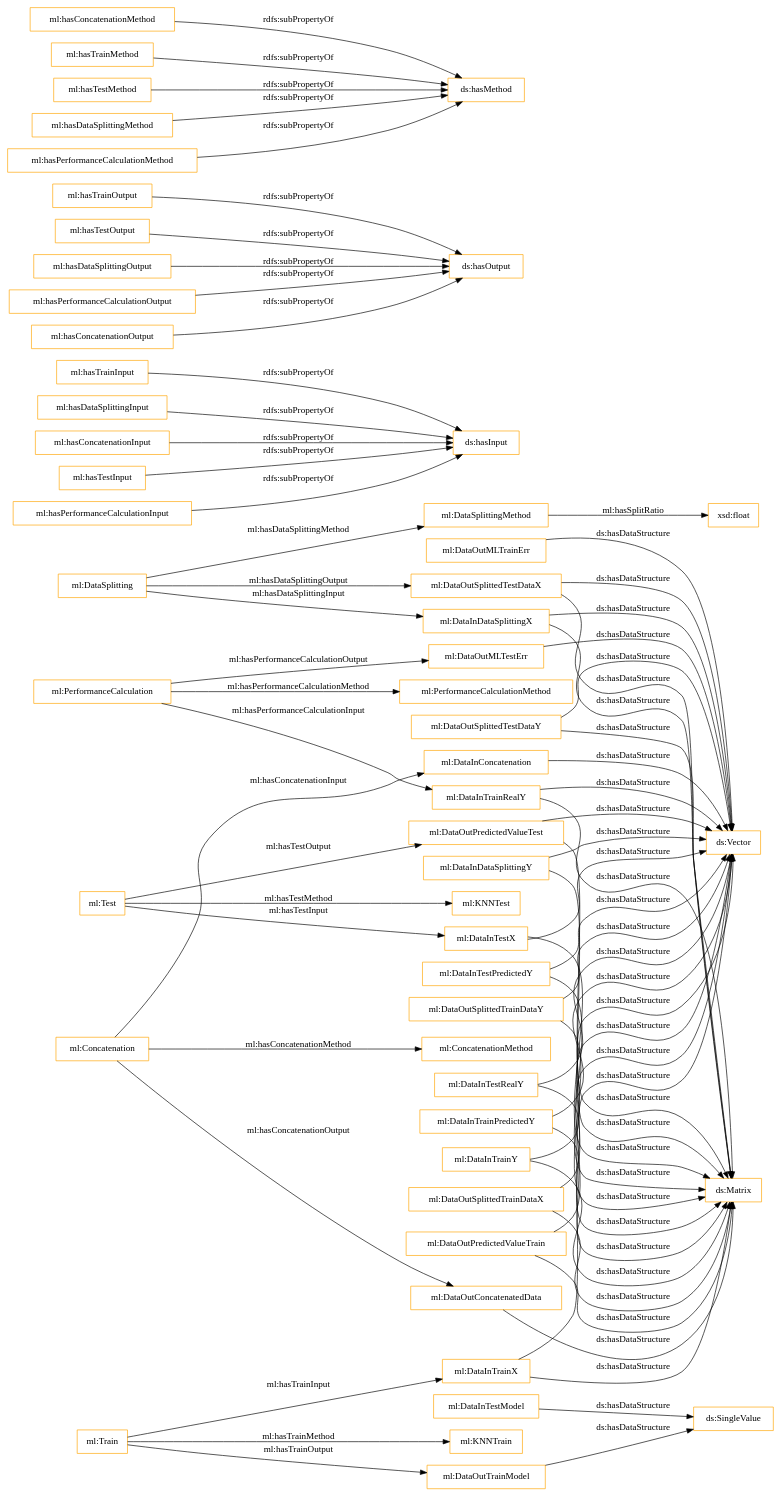
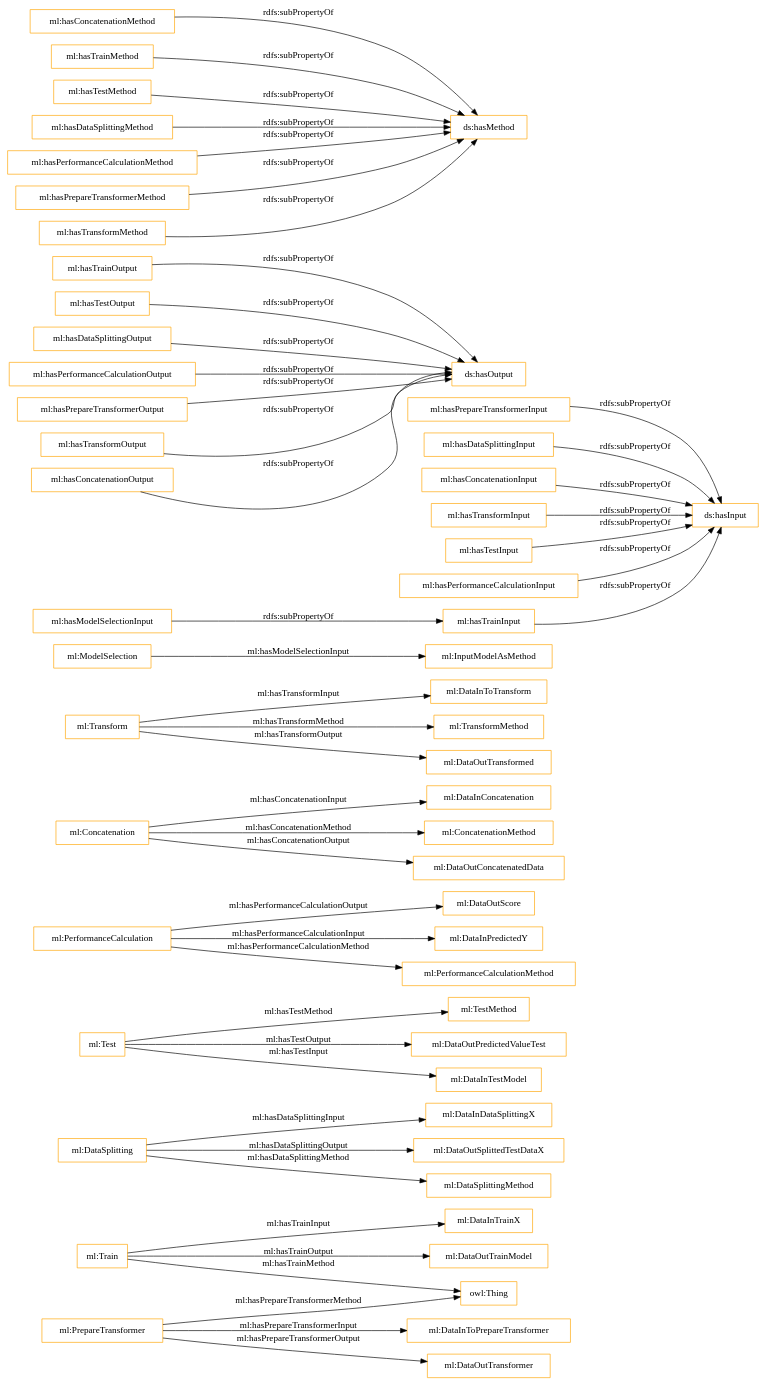
The diagram in OnToology/ml_exeKGOntology.ttl/diagrams/ar2dtool-class/ml_exeKGOntology.ttl.png.dot (nsai-uio/ExeKGOntology), drawn with Graphviz before and after one commit. The commit also changed 186 other files, not shown here.

```diff
--- a/OnToology/ml_exeKGOntology.ttl/diagrams/ar2dtool-class/ml_exeKGOntology.ttl.png.dot
+++ b/OnToology/ml_exeKGOntology.ttl/diagrams/ar2dtool-class/ml_exeKGOntology.ttl.png.dot
@@ -1,73 +1,50 @@
 digraph ar2dtool_diagram { 
 rankdir=LR;
 size="1501"
-node [shape = rectangle, color="orange"]; "ml:DataInTestPredictedY" "ml:DataInDataSplittingY" "ml:DataInTrainY" "ml:DataOutSplittedTestDataX" "ml:PerformanceCalculationMethod" "ml:Concatenation" "ml:ConcatenationMethod" "ml:DataInTestModel" "ml:DataOutPredictedValueTrain" "ml:DataOutMLTrainErr" "ml:DataInTestRealY" "ml:DataInTrainX" "ml:DataOutConcatenatedData" "ml:DataSplitting" "ml:KNNTest" "ml:Test" "ml:DataInDataSplittingX" "ml:DataSplittingMethod" "ml:Train" "ml:PerformanceCalculation" "ml:DataOutTrainModel" "ml:DataOutPredictedValueTest" "ml:DataOutSplittedTrainDataY" "ml:DataOutSplittedTrainDataX" "ml:DataInTestX" "ml:KNNTrain" "ml:DataInTrainPredictedY" "ml:DataOutMLTestErr" "ml:DataOutSplittedTestDataY" "ml:DataInConcatenation" "ml:DataInTrainRealY" ; /*classes style*/
-	"ml:DataOutSplittedTrainDataX" -> "ds:Vector" [ label = "ds:hasDataStructure" ];
-	"ml:DataOutSplittedTrainDataX" -> "ds:Matrix" [ label = "ds:hasDataStructure" ];
-	"ml:DataInTestModel" -> "ds:SingleValue" [ label = "ds:hasDataStructure" ];
+node [shape = rectangle, color="orange"]; "ml:DataInTrainX" "ml:DataSplitting" "ml:TestMethod" "ml:PerformanceCalculation" "ml:PrepareTransformer" "ml:DataInConcatenation" "ml:ConcatenationMethod" "ml:DataInDataSplittingX" "ml:Test" "ml:DataInToTransform" "ml:DataOutScore" "ml:DataInToPrepareTransformer" "ml:DataOutTransformer" "ml:DataInPredictedY" "ml:TransformMethod" "ml:DataOutSplittedTestDataX" "ml:Transform" "ml:Train" "ml:DataOutConcatenatedData" "ml:DataOutPredictedValueTest" "ml:InputModelAsMethod" "ml:Concatenation" "ml:DataSplittingMethod" "ml:PerformanceCalculationMethod" "ml:ModelSelection" "ml:DataInTestModel" "ml:DataOutTrainModel" "ml:DataOutTransformed" ; /*classes style*/
 	"ml:hasTrainInput" -> "ds:hasInput" [ label = "rdfs:subPropertyOf" ];
 	"ml:hasTrainOutput" -> "ds:hasOutput" [ label = "rdfs:subPropertyOf" ];
-	"ml:DataOutTrainModel" -> "ds:SingleValue" [ label = "ds:hasDataStructure" ];
-	"ml:DataInTrainX" -> "ds:Vector" [ label = "ds:hasDataStructure" ];
-	"ml:DataInTrainX" -> "ds:Matrix" [ label = "ds:hasDataStructure" ];
 	"ml:hasTestOutput" -> "ds:hasOutput" [ label = "rdfs:subPropertyOf" ];
-	"ml:DataOutSplittedTestDataY" -> "ds:Vector" [ label = "ds:hasDataStructure" ];
-	"ml:DataOutSplittedTestDataY" -> "ds:Matrix" [ label = "ds:hasDataStructure" ];
-	"ml:DataInDataSplittingY" -> "ds:Vector" [ label = "ds:hasDataStructure" ];
-	"ml:DataInDataSplittingY" -> "ds:Matrix" [ label = "ds:hasDataStructure" ];
-	"ml:DataInTrainPredictedY" -> "ds:Vector" [ label = "ds:hasDataStructure" ];
-	"ml:DataInTrainPredictedY" -> "ds:Matrix" [ label = "ds:hasDataStructure" ];
+	"ml:hasPrepareTransformerInput" -> "ds:hasInput" [ label = "rdfs:subPropertyOf" ];
 	"ml:hasConcatenationMethod" -> "ds:hasMethod" [ label = "rdfs:subPropertyOf" ];
 	"ml:hasDataSplittingOutput" -> "ds:hasOutput" [ label = "rdfs:subPropertyOf" ];
-	"ml:DataOutSplittedTestDataX" -> "ds:Vector" [ label = "ds:hasDataStructure" ];
-	"ml:DataOutSplittedTestDataX" -> "ds:Matrix" [ label = "ds:hasDataStructure" ];
-	"ml:DataInDataSplittingX" -> "ds:Vector" [ label = "ds:hasDataStructure" ];
-	"ml:DataInDataSplittingX" -> "ds:Matrix" [ label = "ds:hasDataStructure" ];
 	"ml:hasTrainMethod" -> "ds:hasMethod" [ label = "rdfs:subPropertyOf" ];
-	"ml:DataInTestX" -> "ds:Vector" [ label = "ds:hasDataStructure" ];
-	"ml:DataInTestX" -> "ds:Matrix" [ label = "ds:hasDataStructure" ];
-	"ml:DataInConcatenation" -> "ds:Vector" [ label = "ds:hasDataStructure" ];
 	"ml:hasPerformanceCalculationOutput" -> "ds:hasOutput" [ label = "rdfs:subPropertyOf" ];
-	"ml:DataOutPredictedValueTest" -> "ds:Vector" [ label = "ds:hasDataStructure" ];
-	"ml:DataOutPredictedValueTest" -> "ds:Matrix" [ label = "ds:hasDataStructure" ];
+	"ml:hasPrepareTransformerOutput" -> "ds:hasOutput" [ label = "rdfs:subPropertyOf" ];
 	"ml:hasTestMethod" -> "ds:hasMethod" [ label = "rdfs:subPropertyOf" ];
-	"ml:DataInTestRealY" -> "ds:Vector" [ label = "ds:hasDataStructure" ];
-	"ml:DataInTestRealY" -> "ds:Matrix" [ label = "ds:hasDataStructure" ];
+	"ml:hasTransformOutput" -> "ds:hasOutput" [ label = "rdfs:subPropertyOf" ];
 	"ml:hasDataSplittingMethod" -> "ds:hasMethod" [ label = "rdfs:subPropertyOf" ];
-	"ml:DataInTrainRealY" -> "ds:Vector" [ label = "ds:hasDataStructure" ];
-	"ml:DataInTrainRealY" -> "ds:Matrix" [ label = "ds:hasDataStructure" ];
+	"ml:hasModelSelectionInput" -> "ml:hasTrainInput" [ label = "rdfs:subPropertyOf" ];
 	"ml:hasDataSplittingInput" -> "ds:hasInput" [ label = "rdfs:subPropertyOf" ];
 	"ml:hasConcatenationInput" -> "ds:hasInput" [ label = "rdfs:subPropertyOf" ];
-	"ml:DataOutMLTrainErr" -> "ds:Vector" [ label = "ds:hasDataStructure" ];
 	"ml:hasPerformanceCalculationMethod" -> "ds:hasMethod" [ label = "rdfs:subPropertyOf" ];
-	"ml:DataOutPredictedValueTrain" -> "ds:Vector" [ label = "ds:hasDataStructure" ];
-	"ml:DataOutPredictedValueTrain" -> "ds:Matrix" [ label = "ds:hasDataStructure" ];
-	"ml:DataInTestPredictedY" -> "ds:Vector" [ label = "ds:hasDataStructure" ];
-	"ml:DataInTestPredictedY" -> "ds:Matrix" [ label = "ds:hasDataStructure" ];
-	"ml:DataOutConcatenatedData" -> "ds:Matrix" [ label = "ds:hasDataStructure" ];
-	"ml:DataOutSplittedTrainDataY" -> "ds:Vector" [ label = "ds:hasDataStructure" ];
-	"ml:DataOutSplittedTrainDataY" -> "ds:Matrix" [ label = "ds:hasDataStructure" ];
+	"ml:hasTransformInput" -> "ds:hasInput" [ label = "rdfs:subPropertyOf" ];
+	"ml:hasPrepareTransformerMethod" -> "ds:hasMethod" [ label = "rdfs:subPropertyOf" ];
+	"ml:hasTransformMethod" -> "ds:hasMethod" [ label = "rdfs:subPropertyOf" ];
 	"ml:hasTestInput" -> "ds:hasInput" [ label = "rdfs:subPropertyOf" ];
-	"ml:DataInTrainY" -> "ds:Vector" [ label = "ds:hasDataStructure" ];
-	"ml:DataInTrainY" -> "ds:Matrix" [ label = "ds:hasDataStructure" ];
 	"ml:hasPerformanceCalculationInput" -> "ds:hasInput" [ label = "rdfs:subPropertyOf" ];
 	"ml:hasConcatenationOutput" -> "ds:hasOutput" [ label = "rdfs:subPropertyOf" ];
-	"ml:DataOutMLTestErr" -> "ds:Vector" [ label = "ds:hasDataStructure" ];
+	"ml:Transform" -> "ml:DataInToTransform" [ label = "ml:hasTransformInput" ];
 	"ml:Train" -> "ml:DataOutTrainModel" [ label = "ml:hasTrainOutput" ];
 	"ml:Test" -> "ml:DataOutPredictedValueTest" [ label = "ml:hasTestOutput" ];
+	"ml:PrepareTransformer" -> "ml:DataOutTransformer" [ label = "ml:hasPrepareTransformerOutput" ];
 	"ml:Concatenation" -> "ml:DataInConcatenation" [ label = "ml:hasConcatenationInput" ];
 	"ml:PerformanceCalculation" -> "ml:PerformanceCalculationMethod" [ label = "ml:hasPerformanceCalculationMethod" ];
-	"ml:Test" -> "ml:KNNTest" [ label = "ml:hasTestMethod" ];
-	"ml:PerformanceCalculation" -> "ml:DataOutMLTestErr" [ label = "ml:hasPerformanceCalculationOutput" ];
+	"ml:Test" -> "ml:TestMethod" [ label = "ml:hasTestMethod" ];
+	"ml:PrepareTransformer" -> "owl:Thing" [ label = "ml:hasPrepareTransformerMethod" ];
+	"ml:PrepareTransformer" -> "ml:DataInToPrepareTransformer" [ label = "ml:hasPrepareTransformerInput" ];
+	"ml:PerformanceCalculation" -> "ml:DataOutScore" [ label = "ml:hasPerformanceCalculationOutput" ];
 	"ml:DataSplitting" -> "ml:DataSplittingMethod" [ label = "ml:hasDataSplittingMethod" ];
-	"ml:Test" -> "ml:DataInTestX" [ label = "ml:hasTestInput" ];
+	"ml:Test" -> "ml:DataInTestModel" [ label = "ml:hasTestInput" ];
 	"ml:Concatenation" -> "ml:ConcatenationMethod" [ label = "ml:hasConcatenationMethod" ];
 	"ml:DataSplitting" -> "ml:DataOutSplittedTestDataX" [ label = "ml:hasDataSplittingOutput" ];
-	"ml:PerformanceCalculation" -> "ml:DataInTrainRealY" [ label = "ml:hasPerformanceCalculationInput" ];
-	"ml:Train" -> "ml:KNNTrain" [ label = "ml:hasTrainMethod" ];
+	"ml:Transform" -> "ml:TransformMethod" [ label = "ml:hasTransformMethod" ];
+	"ml:PerformanceCalculation" -> "ml:DataInPredictedY" [ label = "ml:hasPerformanceCalculationInput" ];
+	"ml:Train" -> "owl:Thing" [ label = "ml:hasTrainMethod" ];
 	"ml:DataSplitting" -> "ml:DataInDataSplittingX" [ label = "ml:hasDataSplittingInput" ];
 	"ml:Concatenation" -> "ml:DataOutConcatenatedData" [ label = "ml:hasConcatenationOutput" ];
+	"ml:Transform" -> "ml:DataOutTransformed" [ label = "ml:hasTransformOutput" ];
+	"ml:ModelSelection" -> "ml:InputModelAsMethod" [ label = "ml:hasModelSelectionInput" ];
 	"ml:Train" -> "ml:DataInTrainX" [ label = "ml:hasTrainInput" ];
-	"ml:DataSplittingMethod" -> "xsd:float" [ label = "ml:hasSplitRatio" ];
 
 }
```
